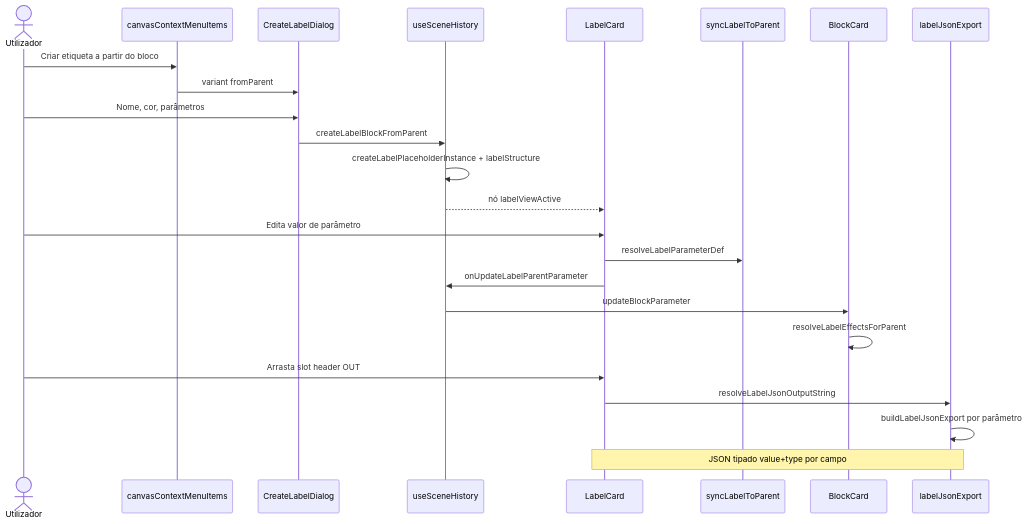
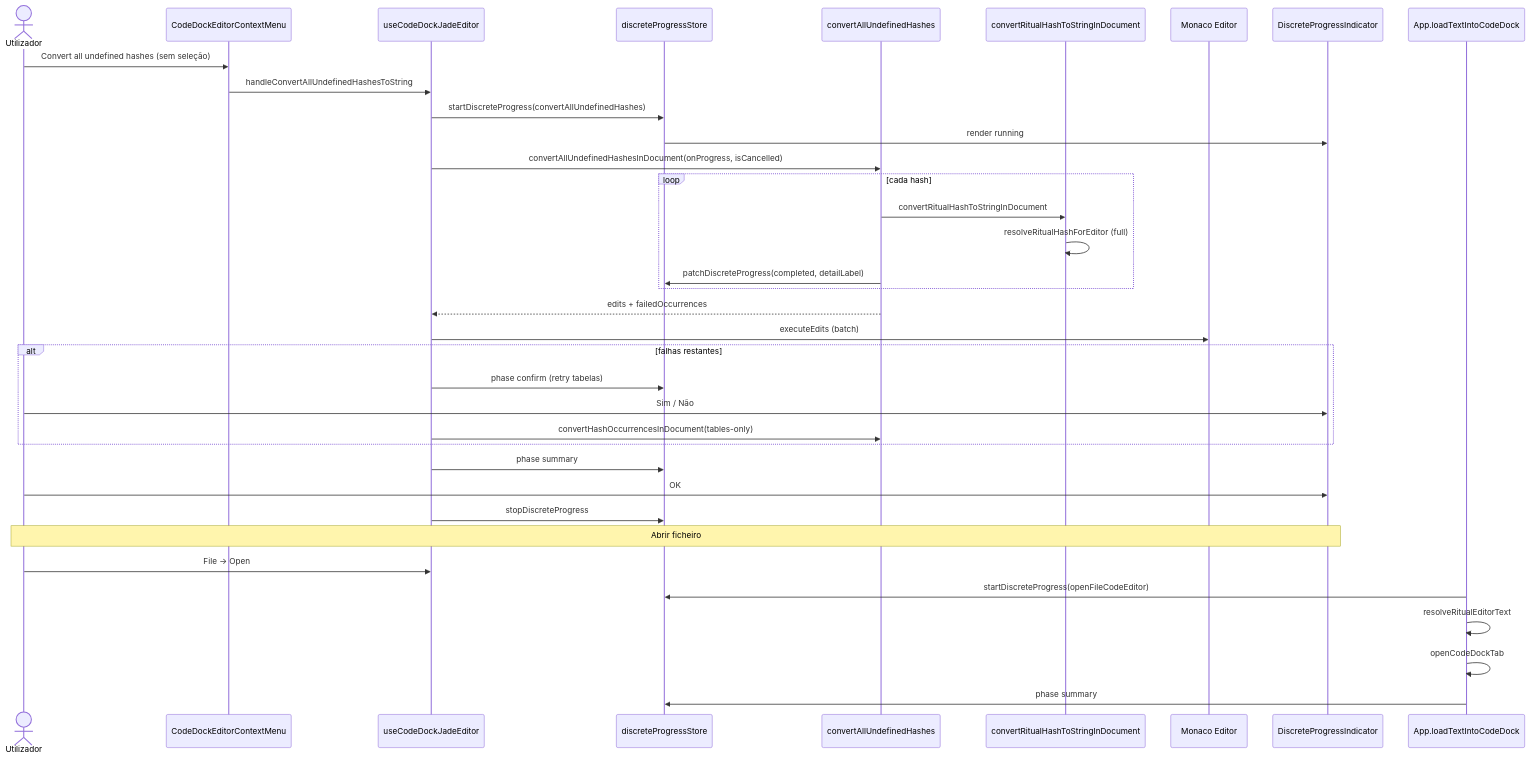
Before and after one commit to JunioCesar96/Node-Graphs-League-of-Legends: the second of 2 diagrams in README.md, drawn with Mermaid. The commit also changed other lines of this file and 1 other file, not shown here.

Commit message:
docs: README and feature doc for convert-all-hashes-discrete-progress

````diff
--- a/README.md
+++ b/README.md
@@ -74,29 +74,40 @@
 ```mermaid
 sequenceDiagram
   actor U as Utilizador
-  participant Menu as canvasContextMenuItems
-  participant Dlg as CreateLabelDialog
-  participant Hist as useSceneHistory
-  participant LC as LabelCard
-  participant Sync as syncLabelToParent
-  participant Parent as BlockCard
-  participant Exp as labelJsonExport
+  participant Ctx as CodeDockEditorContextMenu
+  participant Hook as useCodeDockJadeEditor
+  participant Store as discreteProgressStore
+  participant Core as convertAllUndefinedHashes
+  participant Resolve as convertRitualHashToStringInDocument
+  participant Monaco as Monaco Editor
+  participant Widget as DiscreteProgressIndicator
 
-  U->>Menu: Criar etiqueta a partir do bloco
-  Menu->>Dlg: variant fromParent
-  U->>Dlg: Nome, cor, parâmetros
-  Dlg->>Hist: createLabelBlockFromParent
-  Hist->>Hist: createLabelPlaceholderInstance + labelStructure
-  Hist-->>LC: nó labelViewActive
+  U->>Ctx: Convert all undefined hashes (sem seleção)
+  Ctx->>Hook: handleConvertAllUndefinedHashesToString
+  Hook->>Store: startDiscreteProgress(convertAllUndefinedHashes)
+  Store->>Widget: render running
+  Hook->>Core: convertAllUndefinedHashesInDocument(onProgress, isCancelled)
+  loop cada hash
+    Core->>Resolve: convertRitualHashToStringInDocument
+    Resolve->>Resolve: resolveRitualHashForEditor (full)
+    Core->>Store: patchDiscreteProgress(completed, detailLabel)
+  end
+  Core-->>Hook: edits + failedOccurrences
+  Hook->>Monaco: executeEdits (batch)
+  alt falhas restantes
+    Hook->>Store: phase confirm (retry tabelas)
+    U->>Widget: Sim / Não
+    Hook->>Core: convertHashOccurrencesInDocument(tables-only)
+  end
+  Hook->>Store: phase summary
+  U->>Widget: OK
+  Hook->>Store: stopDiscreteProgress
 
-  U->>LC: Edita valor de parâmetro
-  LC->>Sync: resolveLabelParameterDef
-  LC->>Hist: onUpdateLabelParentParameter
-  Hist->>Parent: updateBlockParameter
-  Parent->>Parent: resolveLabelEffectsForParent
-
-  U->>LC: Arrasta slot header OUT
-  LC->>Exp: resolveLabelJsonOutputString
-  Exp->>Exp: buildLabelJsonExport por parâmetro
-  Note over LC,Exp: JSON tipado value+type por campo
+  Note over U,Widget: Abrir ficheiro
+  U->>Hook: File → Open
+  participant App as App.loadTextIntoCodeDock
+  App->>Store: startDiscreteProgress(openFileCodeEditor)
+  App->>App: resolveRitualEditorText
+  App->>App: openCodeDockTab
+  App->>Store: phase summary
 ```
````
